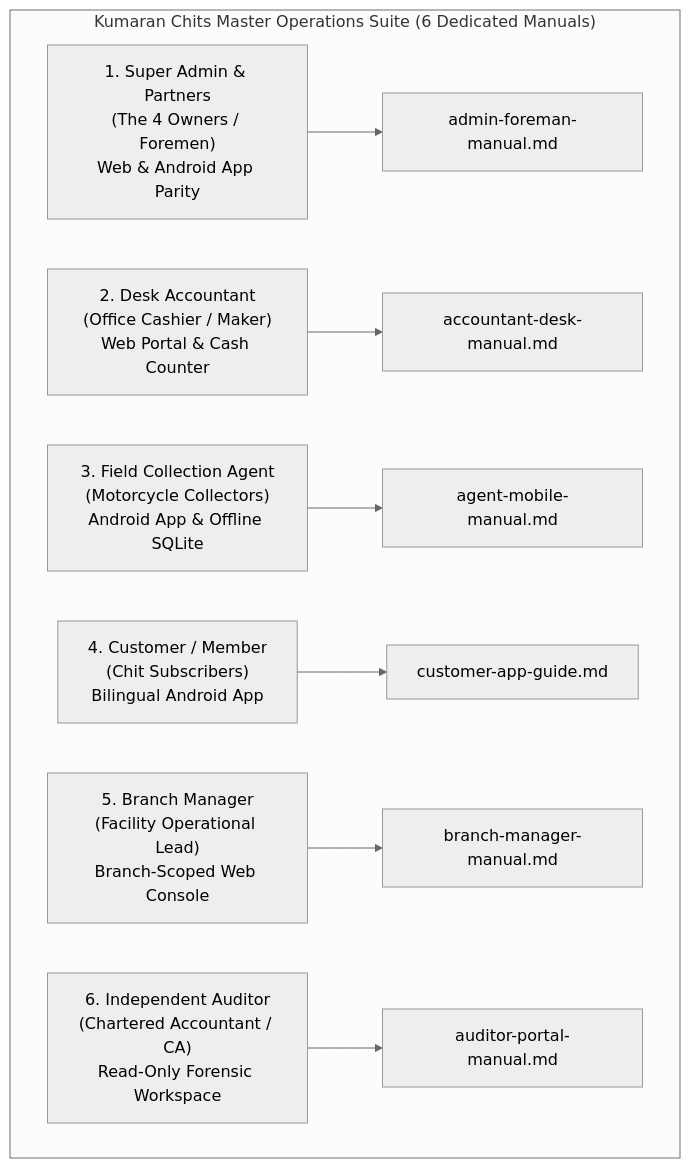
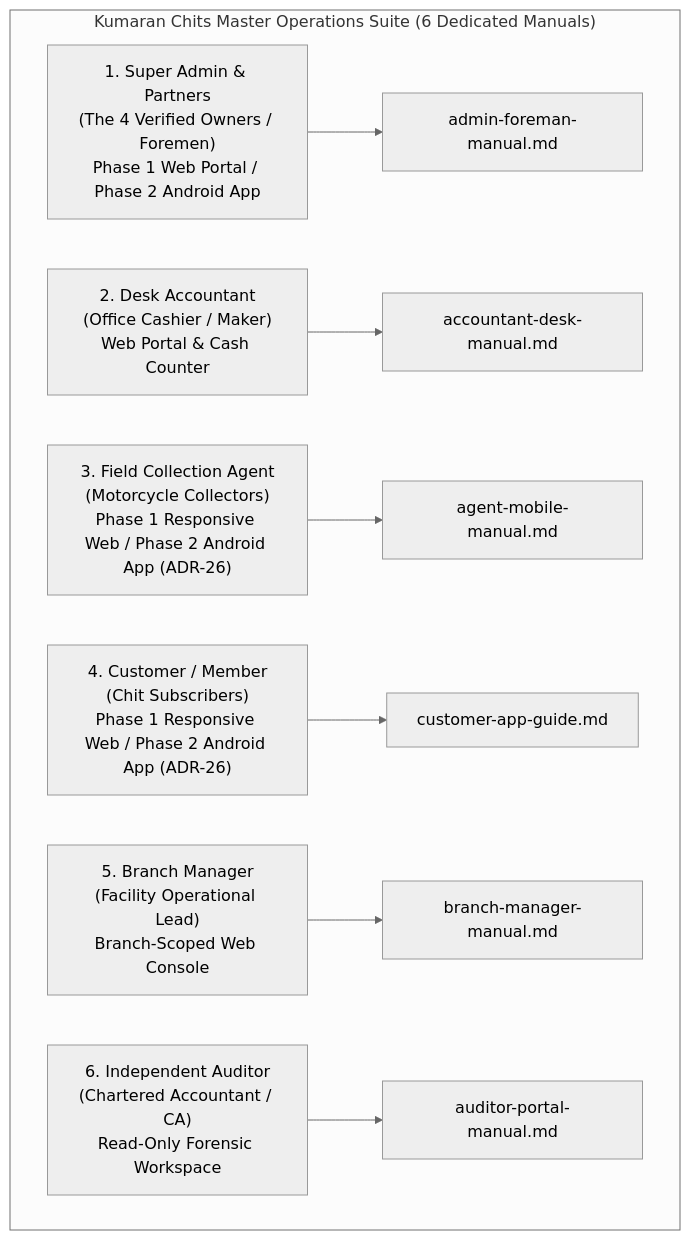
The diagram in docs/07-operations/user-manuals/README.md (Kathir-24/Kumaran-finance), drawn with Mermaid (neutral theme) before and after one commit. The commit also changed other lines of this file and 4 other files, not shown here.

````diff
--- a/docs/07-operations/user-manuals/README.md
+++ b/docs/07-operations/user-manuals/README.md
@@ -15,11 +15,11 @@
 ```mermaid
 flowchart TD
     subgraph SUITE ["Kumaran Chits Master Operations Suite (6 Dedicated Manuals)"]
-        P1["1. Super Admin & Partners\n(The 4 Owners / Foremen)\nWeb & Android App Parity"] --> M1["admin-foreman-manual.md"]
+        P1["1. Super Admin & Partners\n(The 4 Verified Owners / Foremen)\nPhase 1 Web Portal / Phase 2 Android App"] --> M1["admin-foreman-manual.md"]
         P2["2. Desk Accountant\n(Office Cashier / Maker)\nWeb Portal & Cash Counter"] --> M2["accountant-desk-manual.md"]
-        P3["3. Field Collection Agent\n(Motorcycle Collectors)\nAndroid App & Offline SQLite"] --> M3["agent-mobile-manual.md"]
-        P4["4. Customer / Member\n(Chit Subscribers)\nBilingual Android App"] --> M4["customer-app-guide.md"]
+        P3["3. Field Collection Agent\n(Motorcycle Collectors)\nPhase 1 Responsive Web / Phase 2 Android App (ADR-26)"] --> M3["agent-mobile-manual.md"]
+        P4["4. Customer / Member\n(Chit Subscribers)\nPhase 1 Responsive Web / Phase 2 Android App (ADR-26)"] --> M4["customer-app-guide.md"]
         P5["5. Branch Manager\n(Facility Operational Lead)\nBranch-Scoped Web Console"] --> M5["branch-manager-manual.md"]
         P6["6. Independent Auditor\n(Chartered Accountant / CA)\nRead-Only Forensic Workspace"] --> M6["auditor-portal-manual.md"]
     end
 ```
````
